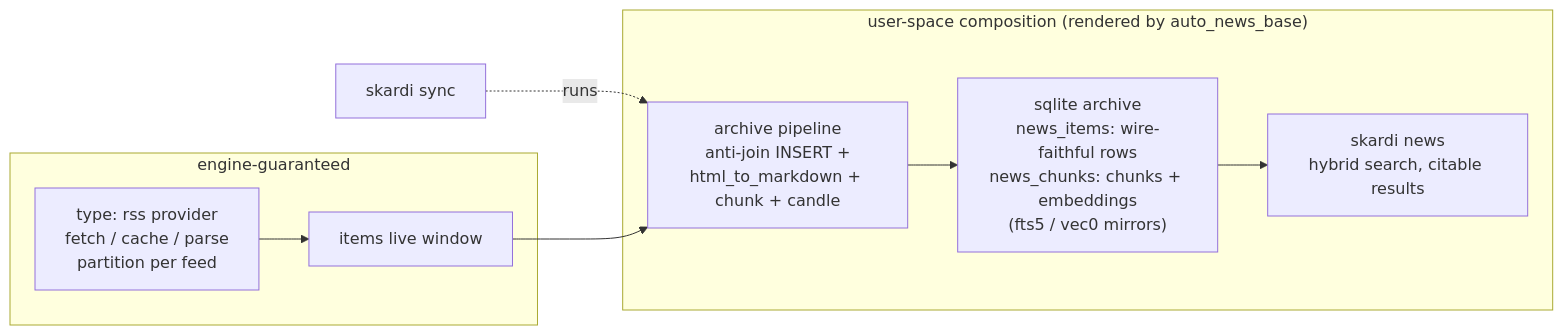
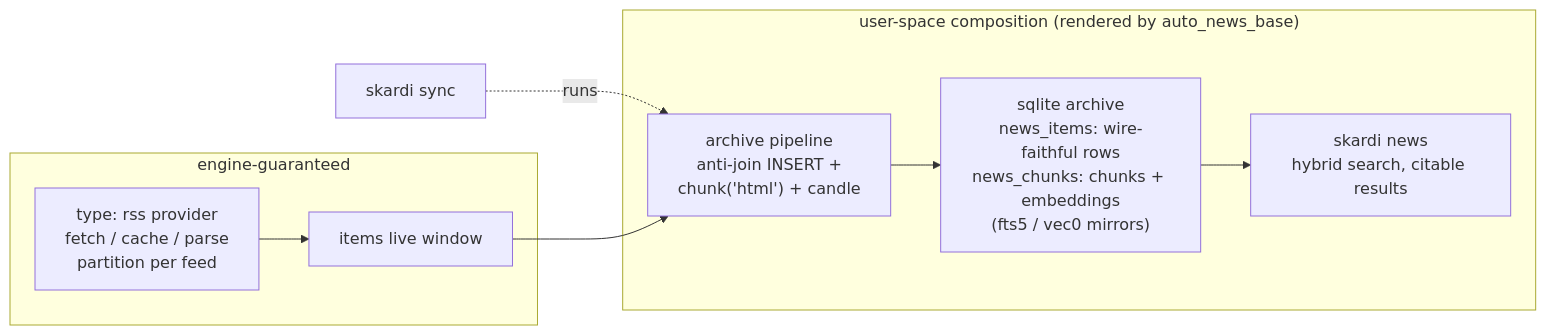
The third of 5 diagrams in docs/superpowers/specs/2026-07-22-rss-feed-support-design-v2.md (SkardiLabs/skardi), drawn with Mermaid before and after one commit. The commit also changed other lines of this file, not shown here.

First line of the commit message:
docs(spec): fold HTML→Markdown into chunk('html') mode instead of a UDF

````diff
--- a/docs/superpowers/specs/2026-07-22-rss-feed-support-design-v2.md
+++ b/docs/superpowers/specs/2026-07-22-rss-feed-support-design-v2.md
@@ -140,14 +137,14 @@
 ```mermaid
 flowchart LR
     subgraph Engine["engine-guaranteed"]
         Prov["type: rss provider<br/>fetch / cache / parse<br/>partition per feed"] --> Items["items live window"]
     end
     subgraph UserSpace["user-space composition (rendered by auto_news_base)"]
-        P["archive pipeline<br/>anti-join INSERT +<br/>html_to_markdown + chunk + candle"]
+        P["archive pipeline<br/>anti-join INSERT +<br/>chunk('html') + candle"]
         A["sqlite archive<br/>news_items: wire-faithful rows<br/>news_chunks: chunks + embeddings<br/>(fts5 / vec0 mirrors)"]
         News["skardi news<br/>hybrid search, citable results"]
         P --> A --> News
     end
     Sync["skardi sync"] -.->|runs| P
     Items --> P
 ```
````
